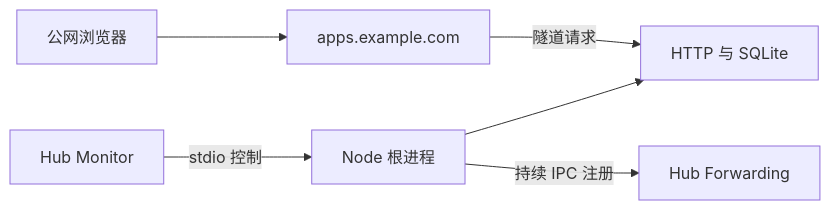
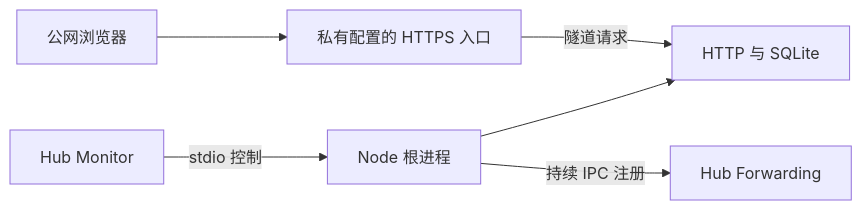
One commit to fjxyyzg3/BrainGym changed the diagram in docs/wiki/architecture.md. Above: the diagram before and after it, drawn with Mermaid. The commit also changed other lines of this file and 11 other files, not shown here.

````diff
--- a/docs/wiki/architecture.md
+++ b/docs/wiki/architecture.md
@@ -29,8 +29,8 @@
 ```mermaid
 flowchart LR
     Monitor["Hub Monitor"] -->|"stdio 控制"| Node["Node 根进程"]
     Node --> Http["HTTP 与 SQLite"]
     Node -->|"持续 IPC 注册"| Forwarding["Hub Forwarding"]
-    Browser["公网浏览器"] --> Edge["apps.example.com"]
+    Browser["公网浏览器"] --> Edge["私有配置的 HTTPS 入口"]
     Edge -->|"隧道请求"| Http
 ```
````
